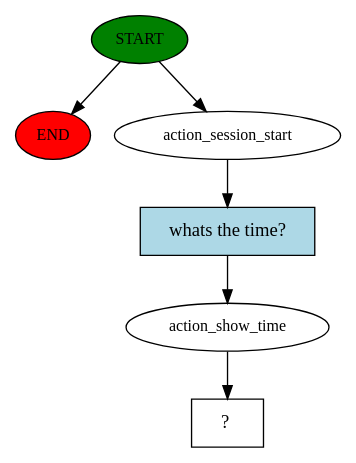
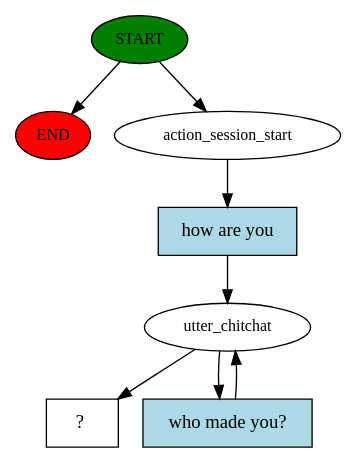
One commit to bg5fxp-JF/rasa_project_OIbot changed the diagram in story_graph.dot. Above: the diagram before and after it, drawn with Graphviz. The commit also changed 7 other files, not shown here.

```diff
--- a/story_graph.dot
+++ b/story_graph.dot
@@ -1,13 +1,16 @@
 digraph  {
 0 [class="start active", fillcolor=green, fontsize=12, label=START, style=filled];
 "-1" [class=end, fillcolor=red, fontsize=12, label=END, style=filled];
 1 [class=active, fontsize=12, label=action_session_start];
-2 [class=active, fontsize=12, label=action_show_time];
-3 [class="intent dashed active", label="  ?  ", shape=rect];
-4 [class="intent active", fillcolor=lightblue, label="whats the time?", shape=rect, style=filled];
+2 [class=active, fontsize=12, label=utter_chitchat];
+5 [class="intent dashed active", label="  ?  ", shape=rect];
+6 [class="intent active", fillcolor=lightblue, label="how are you", shape=rect, style=filled];
+7 [class="intent active", fillcolor=lightblue, label="who made you?", shape=rect, style=filled];
 0 -> "-1"  [class="", key=NONE, label=""];
 0 -> 1  [class=active, key=NONE, label=""];
-1 -> 4  [class=active, key=0];
-2 -> 3  [class=active, key=NONE, label=""];
-4 -> 2  [class=active, key=0];
+1 -> 6  [class=active, key=0];
+2 -> 5  [class=active, key=NONE, label=""];
+2 -> 7  [class=active, key=0];
+6 -> 2  [class=active, key=0];
+7 -> 2  [class=active, key=0];
 }
```
